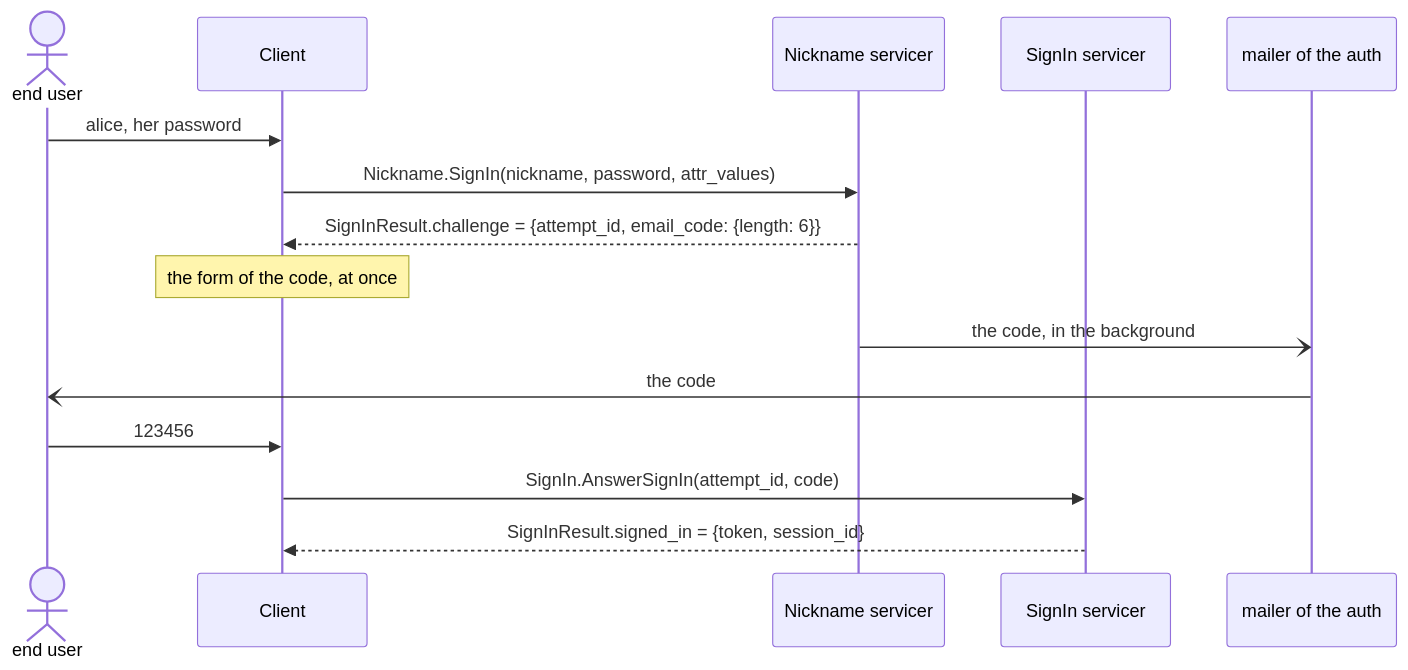
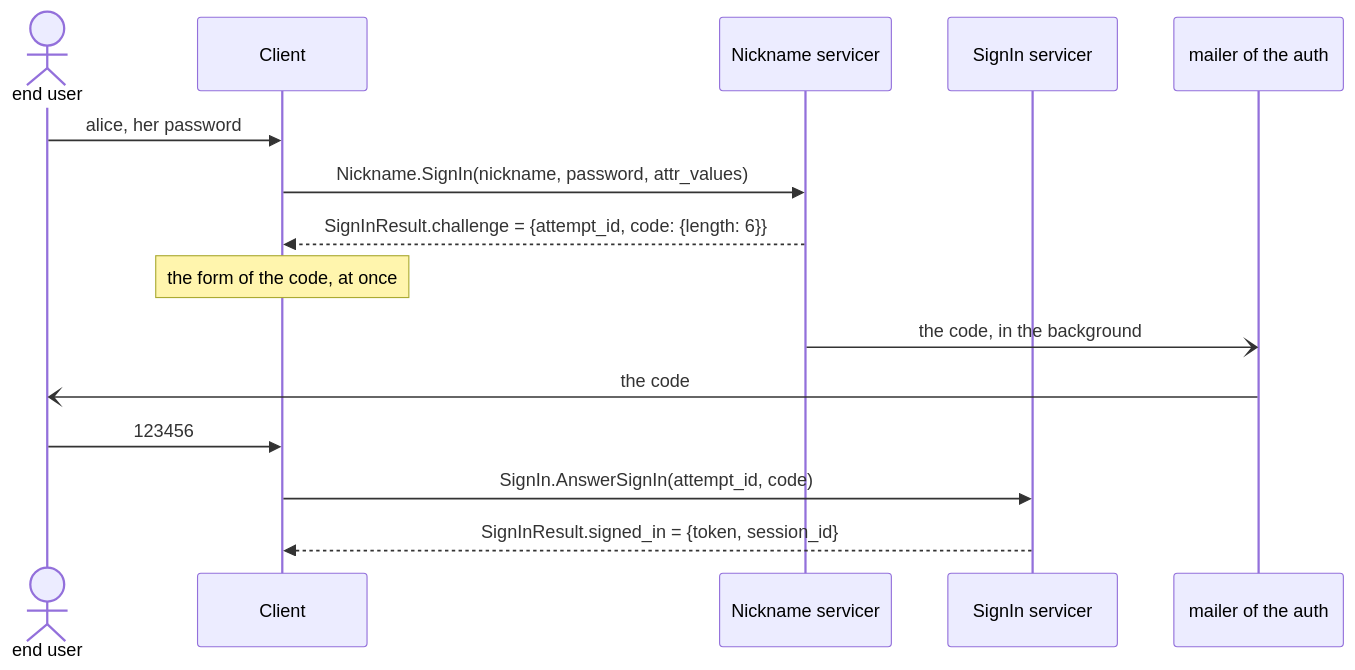
The diagram in docs/design/auth/methods/factors.md (ak-ingots/ingots-libs), drawn with Mermaid before and after one commit. The commit also changed 4 other files, not shown here.

First line of the commit message:
Mark the answers of the flows over gRPC implemented (#36)

````diff
--- a/docs/design/auth/methods/factors.md
+++ b/docs/design/auth/methods/factors.md
@@ -33,17 +33,17 @@
 ```mermaid
 sequenceDiagram
     actor User as end user
     participant Client
     participant Method as Nickname servicer
     participant Flow as SignIn servicer
     participant Mail as mailer of the auth
     User->>Client: alice, her password
     Client->>Method: Nickname.SignIn(nickname, password, attr_values)
-    Method-->>Client: SignInResult.challenge = {attempt_id, email_code: {length: 6}}
+    Method-->>Client: SignInResult.challenge = {attempt_id, code: {length: 6}}
     Note over Client: the form of the code, at once
     Method-)Mail: the code, in the background
     Mail-)User: the code
     User->>Client: 123456
     Client->>Flow: SignIn.AnswerSignIn(attempt_id, code)
     Flow-->>Client: SignInResult.signed_in = {token, session_id}
 ```
````
